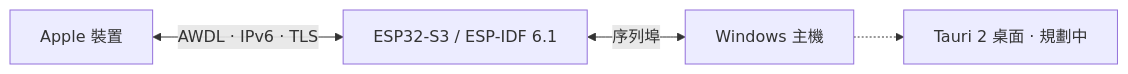
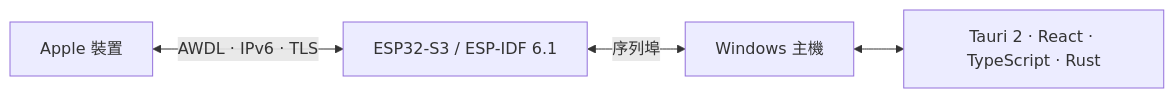
One commit to tianrking/AirBridge changed the diagram in README.zh-Hant.md. Above: the diagram before and after it, drawn with Mermaid. The commit also changed 13 other files, not shown here.

````diff
--- a/README.zh-Hant.md
+++ b/README.zh-Hant.md
@@ -141,6 +141,6 @@
 ```mermaid
 flowchart LR
   Apple["Apple 裝置"] <-->|"AWDL · IPv6 · TLS"| ESP["ESP32-S3 / ESP-IDF 6.1"]
   ESP <-->|"序列埠"| PC["Windows 主機"]
-  PC -.-> UI["Tauri 2 桌面 · 規劃中"]
+  PC <--> UI["Tauri 2 · React · TypeScript · Rust"]
 ```
````
